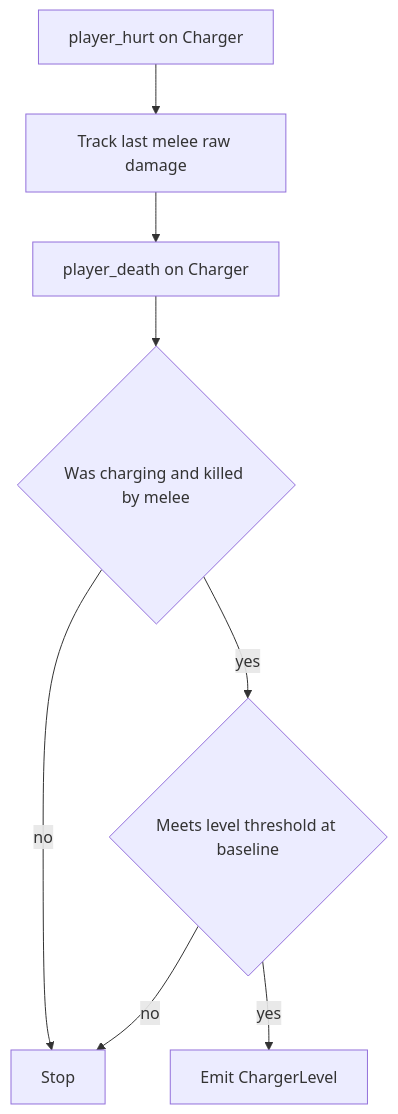
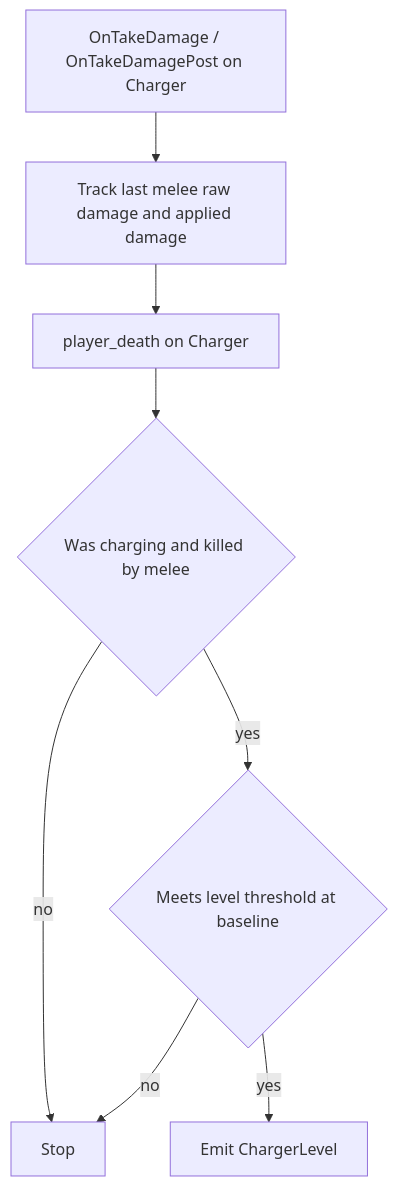
One commit to AoC-Gamers/L4D2-Player-Skills changed the first of 4 diagrams in docs/l4d2-skills-flow-charger.md. Above: the diagram before and after it, drawn with Mermaid. The commit also changed other lines of this file and 9 other files, not shown here.

````diff
--- a/docs/l4d2-skills-flow-charger.md
+++ b/docs/l4d2-skills-flow-charger.md
@@ -45,10 +47,10 @@
 ```mermaid
 flowchart TD
-    A[player_hurt on Charger] --> B[Track last melee raw damage]
+    A[OnTakeDamage / OnTakeDamagePost on Charger] --> B[Track last melee raw damage and applied damage]
     B --> C[player_death on Charger]
     C --> D{Was charging and killed by melee}
     D -->|no| E[Stop]
     D -->|yes| F{Meets level threshold at baseline}
     F -->|yes| G[Emit ChargerLevel]
     F -->|no| E
 ```
````
